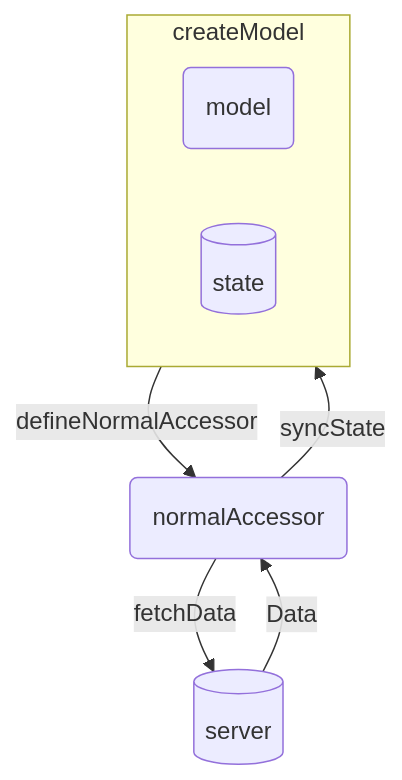
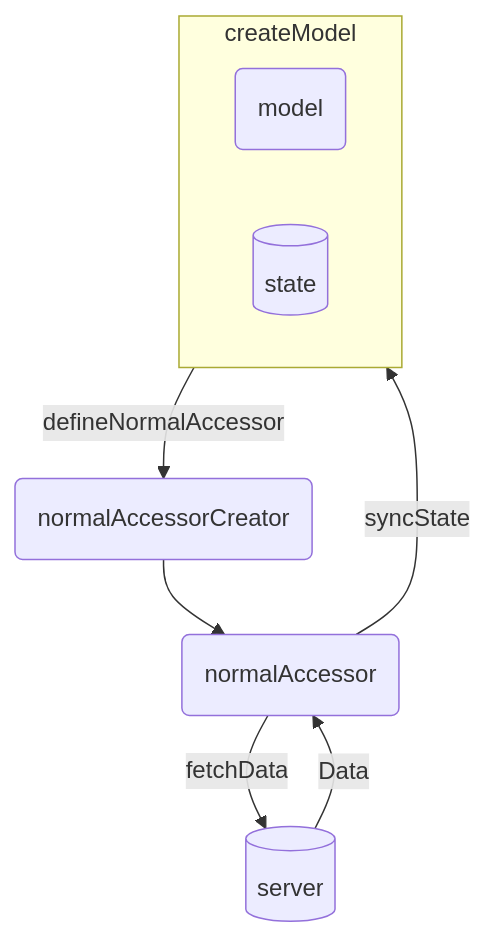
The diagram in README.md (jason89521/daxus), drawn with Mermaid before and after one commit.

Commit message:
docs: add accessor creator in flowchart

````diff
--- a/README.md
+++ b/README.md
@@ -237,15 +237,17 @@
 ```mermaid
 flowchart TD
   subgraph createModel
     direction LR
     m(model)
     state[(state)]
   end
   s[(server)]
-  na(normalAccessor)
-  m --> |defineNormalAccessor| na
-  na --> |fetchData| s
-  s --> |Data| na
-  na --> |syncState| state
+  NAC(normalAccessorCreator)
+  NA(normalAccessor)
+  m --> |defineNormalAccessor| NAC
+  NAC -->  NA
+  NA --> |fetchData| s
+  s --> |Data| NA
+  NA --> |syncState| state
 
 ```
````
